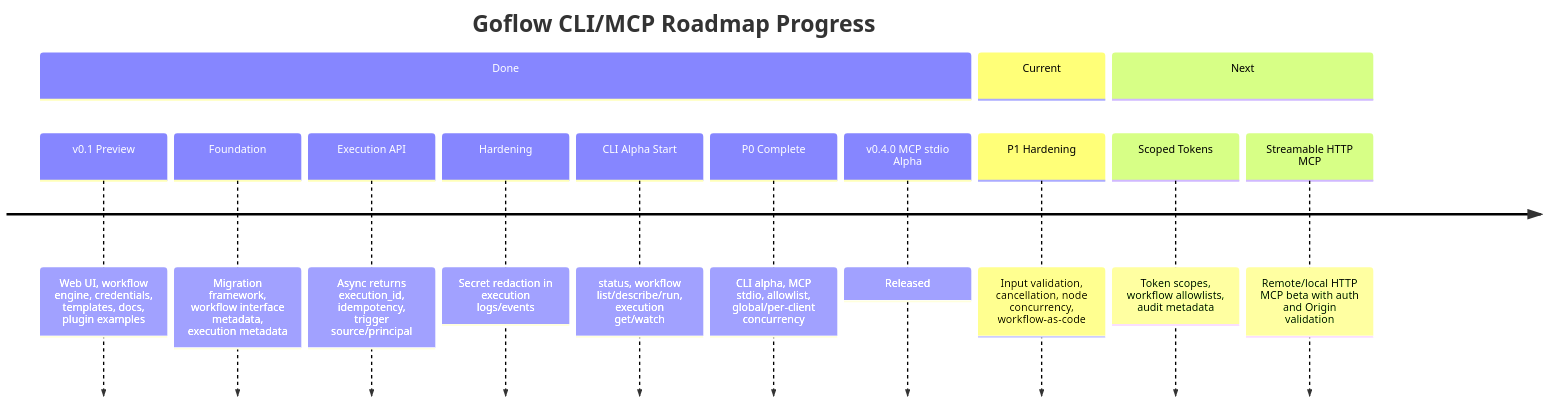
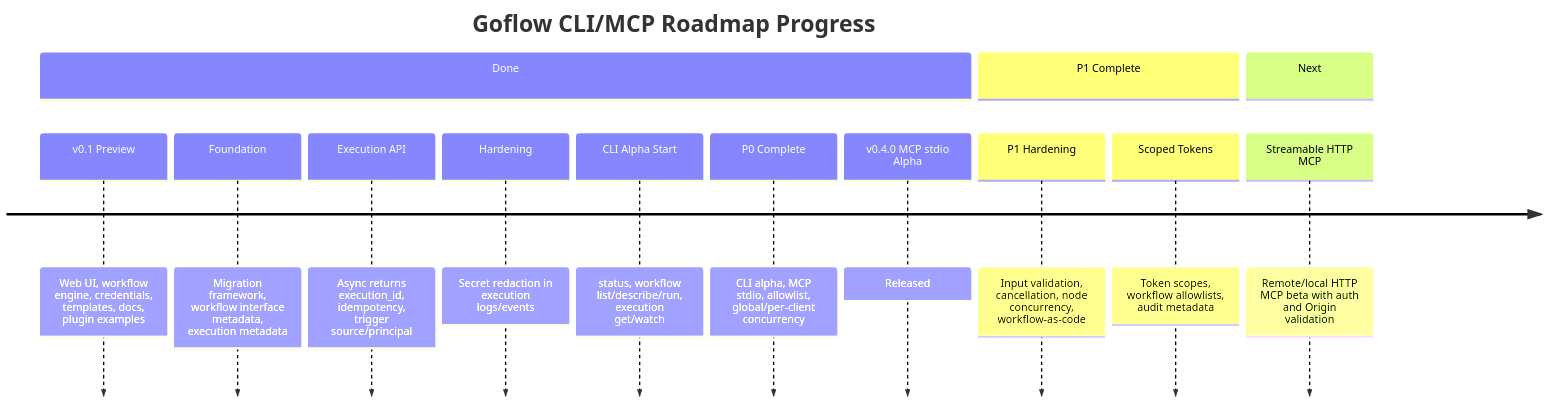
The first of 2 diagrams in ROADMAP_PROGRESS.md (hstptcn5/Goflow), drawn with Mermaid before and after one commit. The commit also changed other lines of this file and 16 other files, not shown here.

First line of the commit message:
Add scoped tokens and audit logging

````diff
--- a/ROADMAP_PROGRESS.md
+++ b/ROADMAP_PROGRESS.md
@@ -7,20 +7,20 @@
 ```mermaid
 timeline
     title Goflow CLI/MCP Roadmap Progress
 
     section Done
       v0.1 Preview : Web UI, workflow engine, credentials, templates, docs, plugin examples
       Foundation : Migration framework, workflow interface metadata, execution metadata
       Execution API : Async returns execution_id, idempotency, trigger source/principal
       Hardening : Secret redaction in execution logs/events
       CLI Alpha Start : status, workflow list/describe/run, execution get/watch
       P0 Complete : CLI alpha, MCP stdio, allowlist, global/per-client concurrency
       v0.4.0 MCP stdio Alpha : Released
 
-    section Current
+    section P1 Complete
       P1 Hardening : Input validation, cancellation, node concurrency, workflow-as-code
+      Scoped Tokens : Token scopes, workflow allowlists, audit metadata
 
     section Next
-      Scoped Tokens : Token scopes, workflow allowlists, audit metadata
       Streamable HTTP MCP : Remote/local HTTP MCP beta with auth and Origin validation
 ```
````
